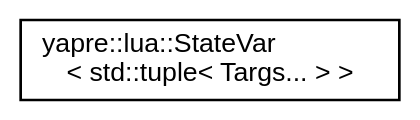
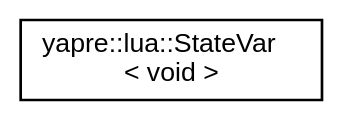
The diagram in docs/inherit_graph_21.dot (yapre-run/doc), drawn with Graphviz before and after one commit. The commit also changed 298 other files, not shown here.

```diff
--- a/docs/inherit_graph_21.dot
+++ b/docs/inherit_graph_21.dot
@@ -1,9 +1,9 @@
 digraph "Graphical Class Hierarchy"
 {
  // LATEX_PDF_SIZE
   bgcolor="transparent";
   edge [fontname="Helvetica",fontsize="10",labelfontname="Helvetica",labelfontsize="10"];
   node [fontname="Helvetica",fontsize="10",shape=record];
   rankdir="LR";
-  Node0 [label="yapre::lua::StateVar\l\< std::tuple\< Targs... \> \>",height=0.2,width=0.4,color="black",URL="$structyapre_1_1lua_1_1_state_var_3_01std_1_1tuple_3_01_targs_8_8_8_01_4_01_4.html",tooltip=" "];
+  Node0 [label="yapre::lua::StateVar\l\< void \>",height=0.2,width=0.4,color="black",URL="$structyapre_1_1lua_1_1_state_var_3_01void_01_4.html",tooltip=" "];
 }
```
